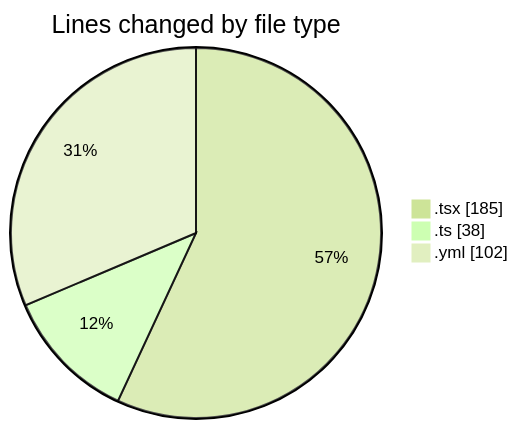
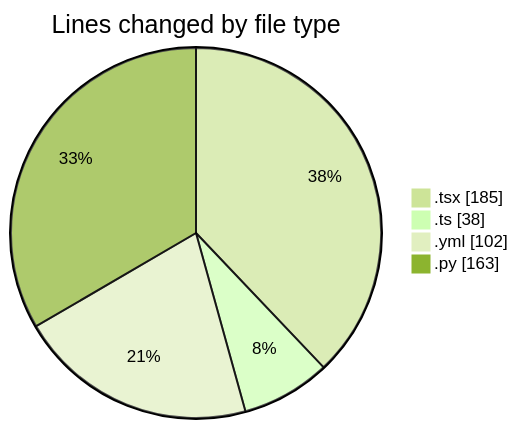
The first of 2 diagrams in 2025-05-16/niten/README.md (Elitesun/code-tracking), drawn with Mermaid (forest theme) before and after one commit. The commit also changed other lines of this file and 1 other file, not shown here.

````diff
--- a/2025-05-16/niten/README.md
+++ b/2025-05-16/niten/README.md
@@ -23,7 +26,8 @@
 ```mermaid
 pie showData
 title Lines changed by file type
 ".tsx" : 185
 ".ts" : 38
 ".yml" : 102
+".py" : 163
 ```
````
